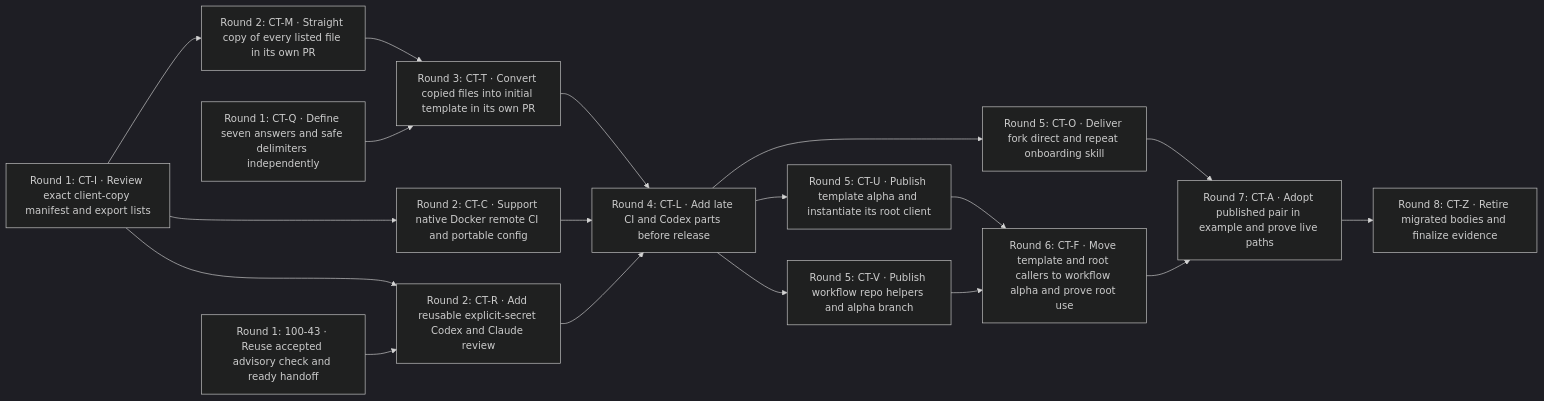
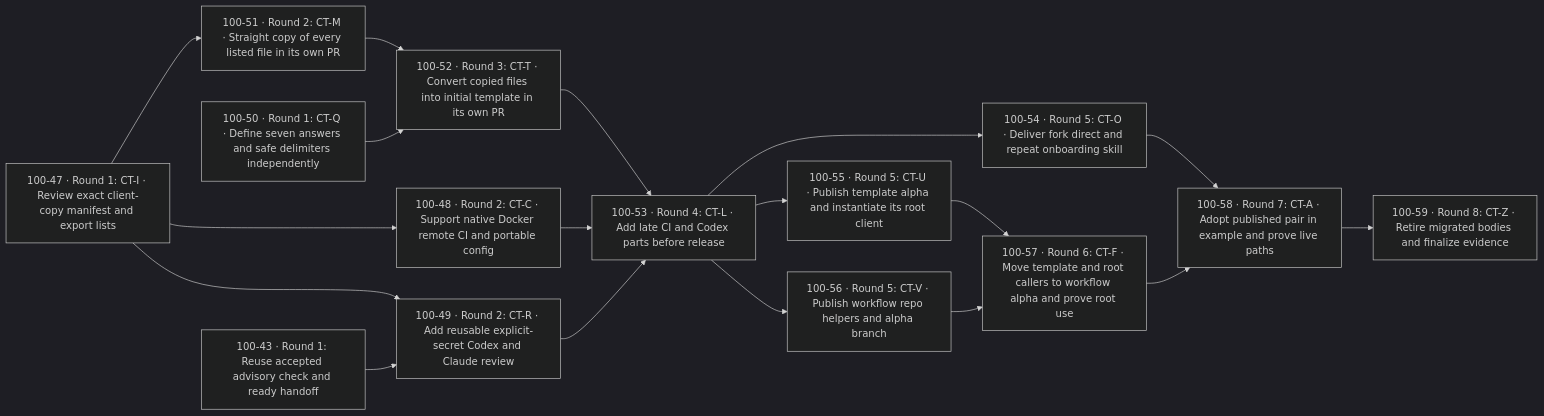
Before and after one commit to 1000lines/symphony-example: the diagram in docs/symphony-plans/fan-out-plan-100-39-client-template.md, drawn with Mermaid (dark theme). The commit also changed other lines of this file and 2 other files, not shown here.

Commit message:
docs: record 100-40 fan-out and annotate task graph

````diff
--- a/docs/symphony-plans/fan-out-plan-100-39-client-template.md
+++ b/docs/symphony-plans/fan-out-plan-100-39-client-template.md
@@ -170,35 +173,35 @@
 ```mermaid
 %% symphony-dag/v1
 flowchart LR
-  I["Round 1: CT-I · Review exact client-copy manifest and export lists"]
-  Q["Round 1: CT-Q · Define seven answers and safe delimiters independently"]
-  CHECK["Round 1: 100-43 · Reuse accepted advisory check and ready handoff"]
-  M["Round 2: CT-M · Straight copy of every listed file in its own PR"]
-  C["Round 2: CT-C · Support native Docker remote CI and portable config"]
-  R["Round 2: CT-R · Add reusable explicit-secret Codex and Claude review"]
-  T["Round 3: CT-T · Convert copied files into initial template in its own PR"]
-  L["Round 4: CT-L · Add late CI and Codex parts before release"]
-  O["Round 5: CT-O · Deliver fork direct and repeat onboarding skill"]
-  U["Round 5: CT-U · Publish template alpha and instantiate its root client"]
-  V["Round 5: CT-V · Publish workflow repo helpers and alpha branch"]
-  F["Round 6: CT-F · Move template and root callers to workflow alpha and prove root use"]
-  A["Round 7: CT-A · Adopt published pair in example and prove live paths"]
-  Z["Round 8: CT-Z · Retire migrated bodies and finalize evidence"]
+  I["100-47 · Round 1: CT-I · Review exact client-copy manifest and export lists"]
+  Q["100-50 · Round 1: CT-Q · Define seven answers and safe delimiters independently"]
+  CHECK["100-43 · Round 1: Reuse accepted advisory check and ready handoff"]
+  M["100-51 · Round 2: CT-M · Straight copy of every listed file in its own PR"]
+  C["100-48 · Round 2: CT-C · Support native Docker remote CI and portable config"]
+  R["100-49 · Round 2: CT-R · Add reusable explicit-secret Codex and Claude review"]
+  T["100-52 · Round 3: CT-T · Convert copied files into initial template in its own PR"]
+  L["100-53 · Round 4: CT-L · Add late CI and Codex parts before release"]
+  O["100-54 · Round 5: CT-O · Deliver fork direct and repeat onboarding skill"]
+  U["100-55 · Round 5: CT-U · Publish template alpha and instantiate its root client"]
+  V["100-56 · Round 5: CT-V · Publish workflow repo helpers and alpha branch"]
+  F["100-57 · Round 6: CT-F · Move template and root callers to workflow alpha and prove root use"]
+  A["100-58 · Round 7: CT-A · Adopt published pair in example and prove live paths"]
+  Z["100-59 · Round 8: CT-Z · Retire migrated bodies and finalize evidence"]
   I --> M
   I --> C
   I --> R
   CHECK --> R
   M --> T
   Q --> T
   T --> L
   C --> L
   R --> L
   L --> O
   L --> U
   L --> V
   U --> F
   V --> F
   O --> A
   F --> A
   A --> Z
 ```
````
